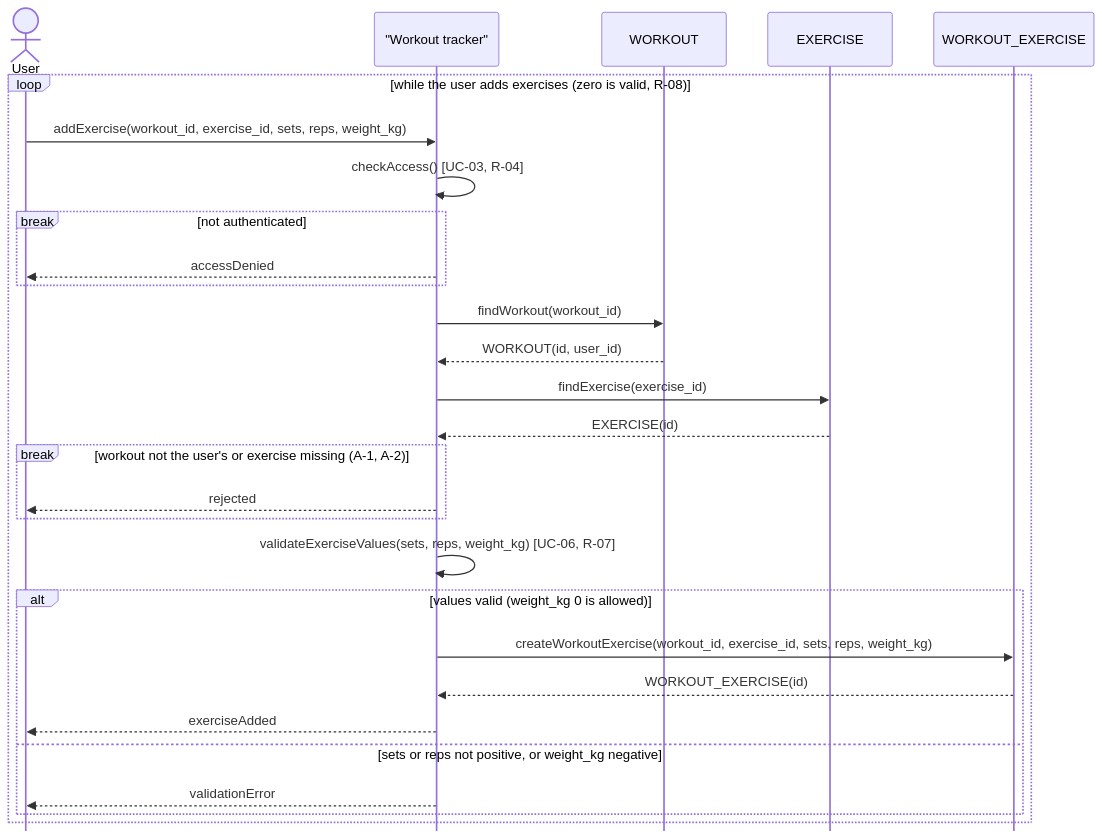
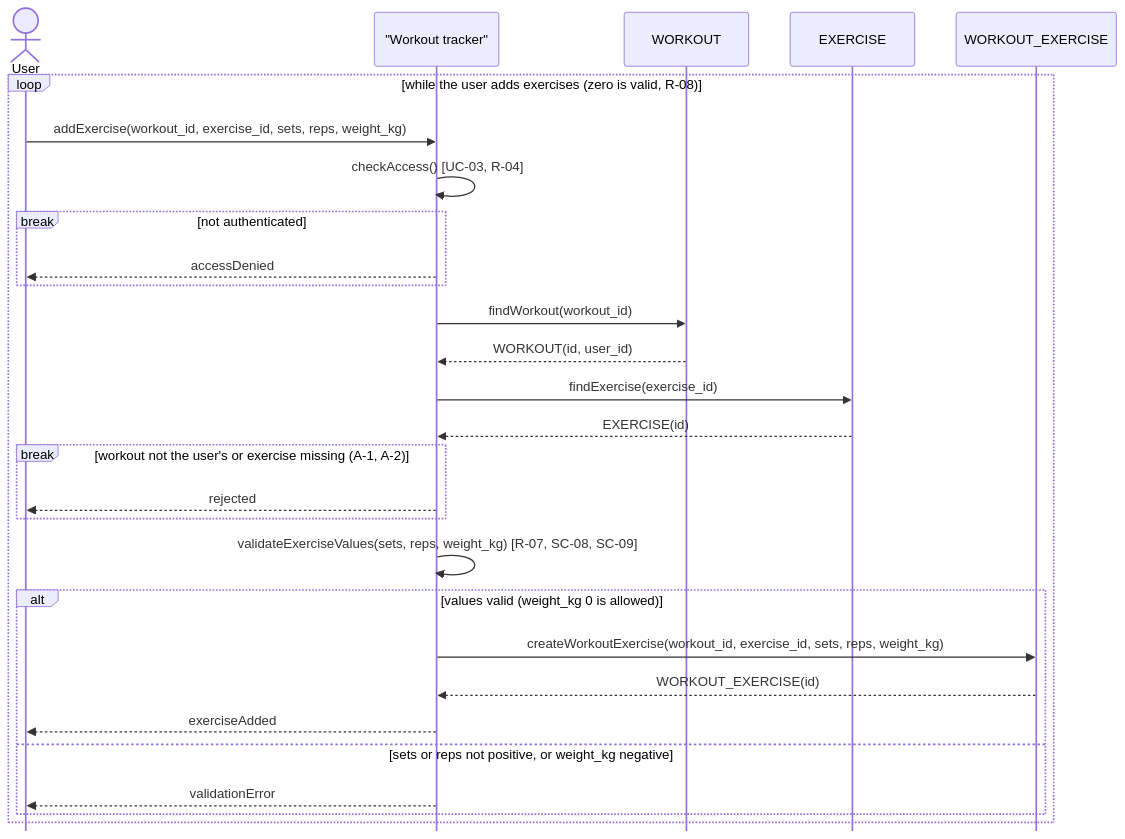
Before and after one commit to setlors/kpi-2: the diagram in task-3/sequence-diagram.md, drawn with Mermaid. The commit also changed 1 other file, not shown here.

Commit message:
remove the UC-06 link and replace it with SC-08, SC-09 (task 2 ids), add an extra acceptance criterion

````diff
--- a/task-3/sequence-diagram.md
+++ b/task-3/sequence-diagram.md
@@ -3,32 +3,32 @@
 ```mermaid
 %%{init: {"sequence": {"mirrorActors": false}}}%%
 sequenceDiagram
     actor U as User
     participant S as "Workout tracker"
     participant W as WORKOUT
     participant E as EXERCISE
     participant WE as WORKOUT_EXERCISE
 
     loop while the user adds exercises (zero is valid, R-08)
         U->>S: addExercise(workout_id, exercise_id, sets, reps, weight_kg)
         S->>S: checkAccess() [UC-03, R-04]
         break not authenticated
             S-->>U: accessDenied
         end
         S->>W: findWorkout(workout_id)
         W-->>S: WORKOUT(id, user_id)
         S->>E: findExercise(exercise_id)
         E-->>S: EXERCISE(id)
         break workout not the user's or exercise missing (A-1, A-2)
             S-->>U: rejected
         end
-        S->>S: validateExerciseValues(sets, reps, weight_kg) [UC-06, R-07]
+        S->>S: validateExerciseValues(sets, reps, weight_kg) [R-07, SC-08, SC-09]
         alt values valid (weight_kg 0 is allowed)
             S->>WE: createWorkoutExercise(workout_id, exercise_id, sets, reps, weight_kg)
             WE-->>S: WORKOUT_EXERCISE(id)
             S-->>U: exerciseAdded
         else sets or reps not positive, or weight_kg negative
             S-->>U: validationError
         end
     end
 ```
````
